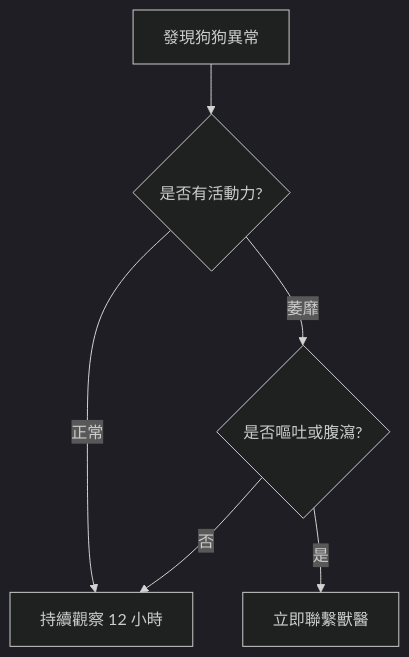
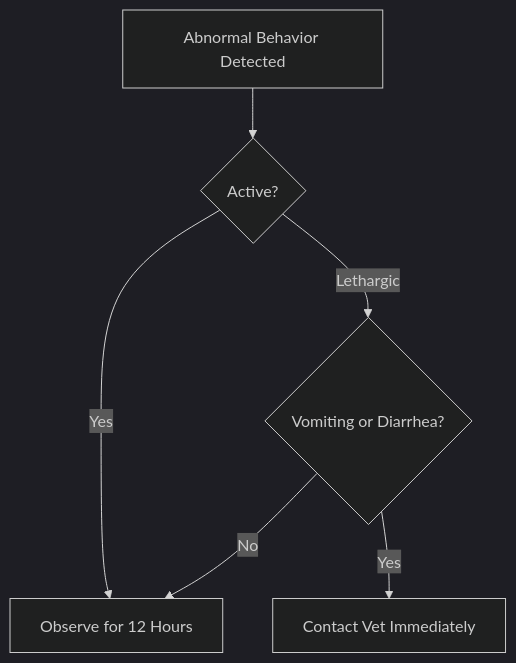
The second of 2 diagrams in README.md (poppyyyy2002/Dog-Care-SOP), drawn with Mermaid (dark theme) before and after one commit. The commit also changed other lines of this file, not shown here.

````diff
--- a/README.md
+++ b/README.md
@@ -34,8 +38,8 @@
 ```mermaid
 graph TD
-    Start[發現狗狗異常] --> A{是否有活動力?}
-    A -- 正常 --> B[持續觀察 12 小時]
-    A -- 萎靡 --> C{是否嘔吐或腹瀉?}
-    C -- 是 --> D[立即聯繫獸醫]
-    C -- 否 --> B
+    Start[Abnormal Behavior Detected] --> A{Active?}
+    A -- Yes --> B[Observe for 12 Hours]
+    A -- Lethargic --> C{Vomiting or Diarrhea?}
+    C -- Yes --> D[Contact Vet Immediately]
+    C -- No --> B
 ```
````
